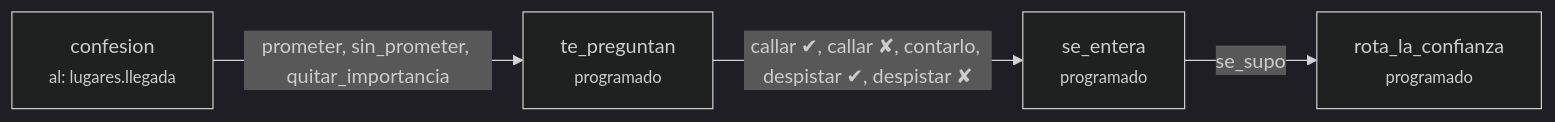
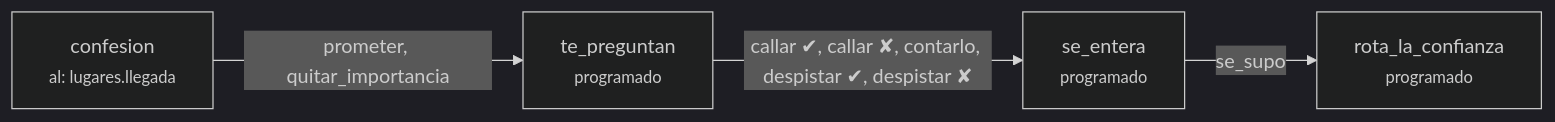
Before and after one commit to gardagon/Dinasty-Sports: the third of 13 diagrams in docs/eventos/MAPA.md, drawn with Mermaid (dark theme). The commit also changed other lines of this file and 11 other files, not shown here.

````diff
--- a/docs/eventos/MAPA.md
+++ b/docs/eventos/MAPA.md
@@ -31,10 +31,10 @@
 ```mermaid
 flowchart LR
   eventos_amigos_secreto_confesion["confesion<br/><small>al: lugares.llegada</small>"]
-  eventos_amigos_secreto_confesion -->|"prometer, sin_prometer, quitar_importancia"| eventos_amigos_secreto_te_preguntan
+  eventos_amigos_secreto_confesion -->|"prometer, quitar_importancia"| eventos_amigos_secreto_te_preguntan
   eventos_amigos_secreto_te_preguntan["te_preguntan<br/><small>programado</small>"]
   eventos_amigos_secreto_te_preguntan -->|"callar ✔, callar ✘, contarlo, despistar ✔, despistar ✘"| eventos_amigos_secreto_se_entera
   eventos_amigos_secreto_se_entera["se_entera<br/><small>programado</small>"]
   eventos_amigos_secreto_se_entera -->|"se_supo"| eventos_amigos_secreto_rota_la_confianza
   eventos_amigos_secreto_rota_la_confianza["rota_la_confianza<br/><small>programado</small>"]
 ```
````
